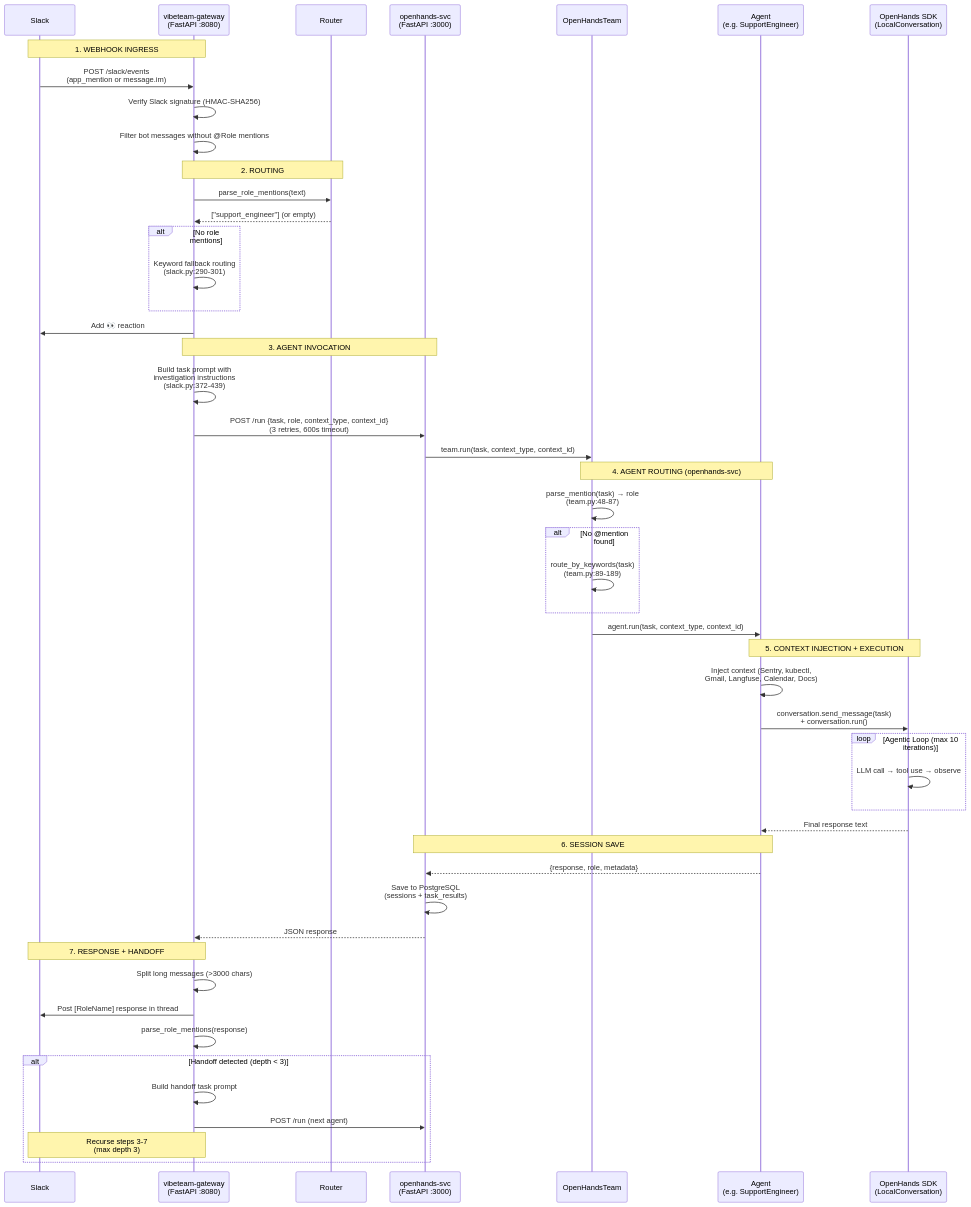
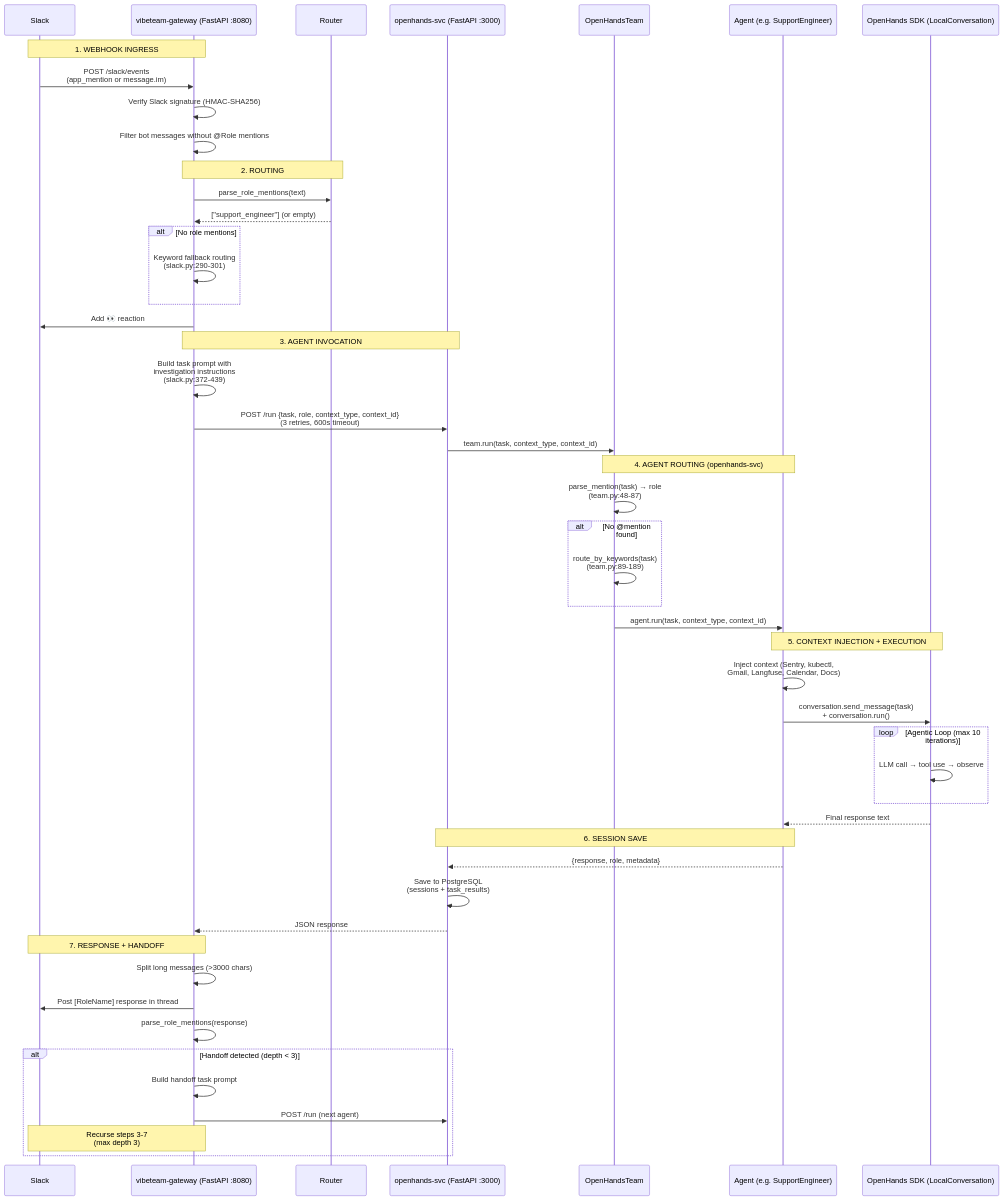
One commit to VibeTechnologies/VibeTeam changed the diagram in plan.md. Above: the diagram before and after it, drawn with Mermaid. The commit also changed other lines of this file and 1 other file, not shown here.

Commit message:
fix: eliminate last hardcoded role pattern in eval script
- Replace hardcoded handoff_pattern regex in eval_slack_e2e.py with
  import from agents.shared.role_resolver.ROLE_PATTERN (single source of truth)
- Remove unused 're' import from eval script
- Fix mermaid diagram: remove <br/> from participant aliases
- Mark all improvement checklist items complete in plan.md

````diff
--- a/plan.md
+++ b/plan.md
@@ -186,58 +186,58 @@
 ```mermaid
 sequenceDiagram
     participant Slack
-    participant GW as vibeteam-gateway<br/>(FastAPI :8080)
+    participant GW as vibeteam-gateway (FastAPI :8080)
     participant Router as Router
-    participant OH as openhands-svc<br/>(FastAPI :3000)
+    participant OH as openhands-svc (FastAPI :3000)
     participant Team as OpenHandsTeam
-    participant Agent as Agent<br/>(e.g. SupportEngineer)
-    participant SDK as OpenHands SDK<br/>(LocalConversation)
+    participant Agent as Agent (e.g. SupportEngineer)
+    participant SDK as OpenHands SDK (LocalConversation)
 
     Note over Slack,GW: 1. WEBHOOK INGRESS
     Slack->>GW: POST /slack/events<br/>(app_mention or message.im)
     GW->>GW: Verify Slack signature (HMAC-SHA256)
     GW->>GW: Filter bot messages without @Role mentions
 
     Note over GW,Router: 2. ROUTING
     GW->>Router: parse_role_mentions(text)
     Router-->>GW: ["support_engineer"] (or empty)
     alt No role mentions
         GW->>GW: Keyword fallback routing<br/>(slack.py:290-301)
     end
     GW->>Slack: Add 👀 reaction
 
     Note over GW,OH: 3. AGENT INVOCATION
     GW->>GW: Build task prompt with<br/>investigation instructions<br/>(slack.py:372-439)
     GW->>OH: POST /run {task, role, context_type, context_id}<br/>(3 retries, 600s timeout)
     OH->>Team: team.run(task, context_type, context_id)
 
     Note over Team,Agent: 4. AGENT ROUTING (openhands-svc)
     Team->>Team: parse_mention(task) → role<br/>(team.py:48-87)
     alt No @mention found
         Team->>Team: route_by_keywords(task)<br/>(team.py:89-189)
     end
     Team->>Agent: agent.run(task, context_type, context_id)
 
     Note over Agent,SDK: 5. CONTEXT INJECTION + EXECUTION
     Agent->>Agent: Inject context (Sentry, kubectl,<br/>Gmail, Langfuse, Calendar, Docs)
     Agent->>SDK: conversation.send_message(task)<br/>+ conversation.run()
     loop Agentic Loop (max 10 iterations)
         SDK->>SDK: LLM call → tool use → observe
     end
     SDK-->>Agent: Final response text
 
     Note over Agent,OH: 6. SESSION SAVE
     Agent-->>OH: {response, role, metadata}
     OH->>OH: Save to PostgreSQL<br/>(sessions + task_results)
     OH-->>GW: JSON response
 
     Note over GW,Slack: 7. RESPONSE + HANDOFF
     GW->>GW: Split long messages (>3000 chars)
     GW->>Slack: Post [RoleName] response in thread
     GW->>GW: parse_role_mentions(response)
     alt Handoff detected (depth < 3)
         GW->>GW: Build handoff task prompt
         GW->>OH: POST /run (next agent)
         Note over GW,Slack: Recurse steps 3-7<br/>(max depth 3)
     end
 ```
````
